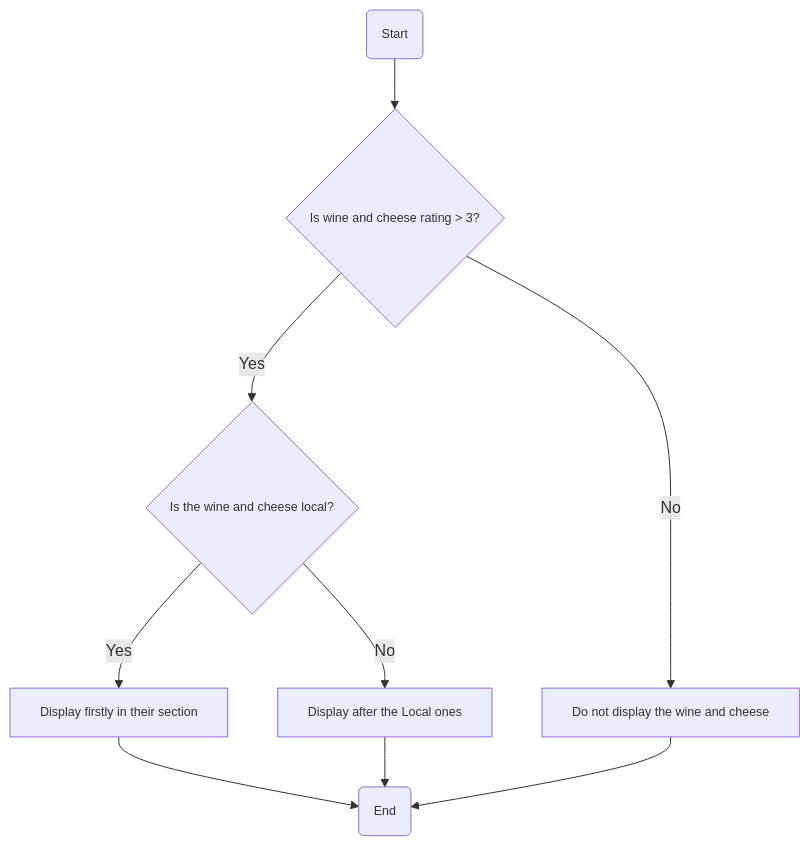
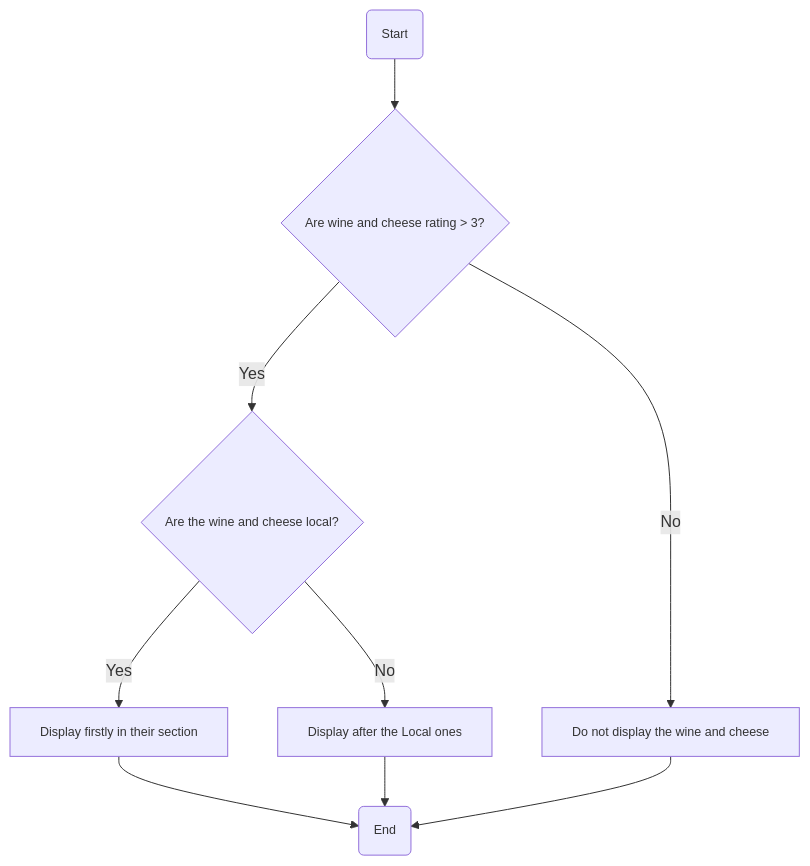
Before and after one commit to algosup/2024-2025-project-5-bubble-intermarche-team-2: the fifth of 11 diagrams in Documents/Technical/technical_specifications.md, drawn with Mermaid. The commit also changed other lines of this file, not shown here.

````diff
--- a/Documents/Technical/technical_specifications.md
+++ b/Documents/Technical/technical_specifications.md
@@ -287,12 +287,12 @@
 ```mermaid
 graph TD
-    A(Start) --> B{Is wine and cheese rating > 3?}
+    A(Start) --> B{Are wine and cheese rating > 3?}
     B -->|No| C[Do not display the wine and cheese]
-    B -->|Yes| D{Is the wine and cheese local?}
+    B -->|Yes| D{Are the wine and cheese local?}
     D -->|Yes| E[Display firstly in their section]
     D -->|No| F[Display after the Local ones]
     E --> G(End)
     F --> G
     C --> G
     classDef default font-size:12.5px
 ```
````
